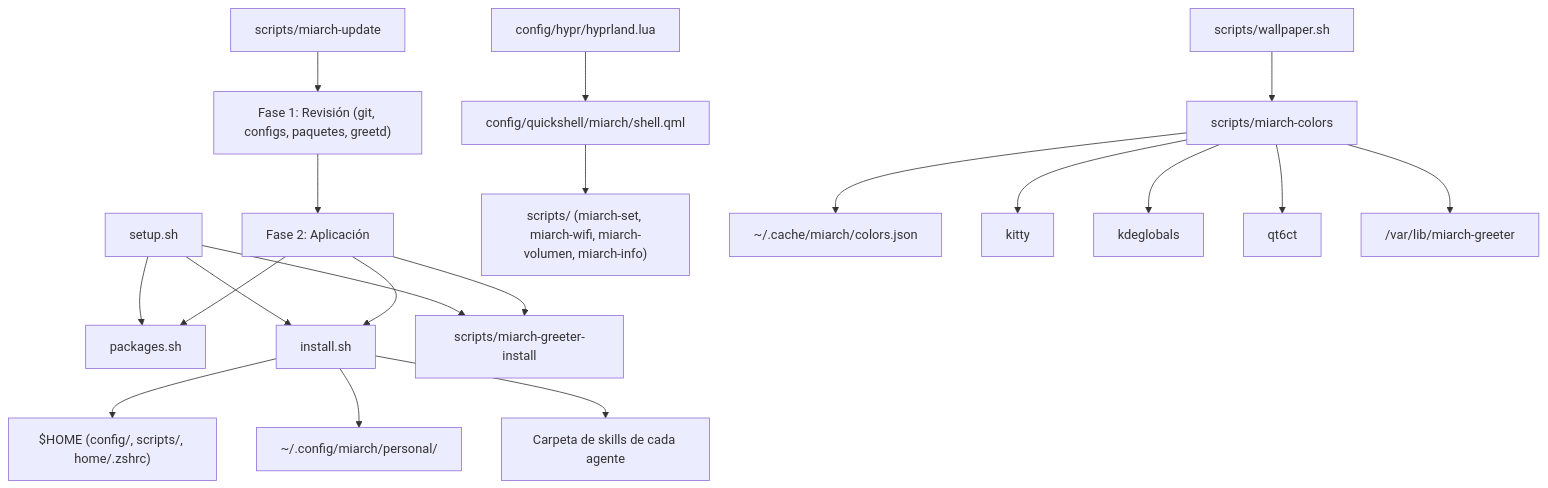
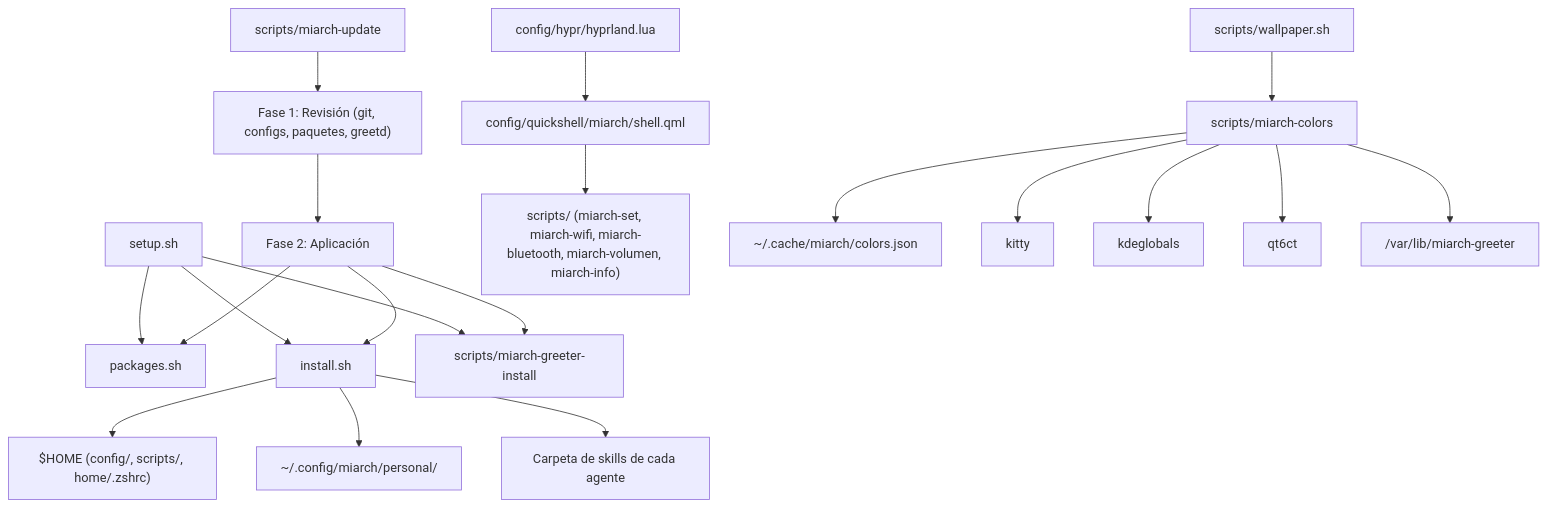
Before and after one commit to alejandro-xoxo/Miarch: the diagram in docs/estructura.md, drawn with Mermaid. The commit also changed other lines of this file and 3 other files, not shown here.

Commit message:
docs(bluetooth): document miarch-bluetooth script and update changelog

````diff
--- a/docs/estructura.md
+++ b/docs/estructura.md
@@ -62,26 +63,26 @@
 ```mermaid
 flowchart TD
     Setup["setup.sh"] --> Packages["packages.sh"]
     Setup --> Install["install.sh"]
     Setup --> GreeterInstall["scripts/miarch-greeter-install"]
 
     Install --> ConfigDest["$HOME (config/, scripts/, home/.zshrc)"]
     Install --> Personal["~/.config/miarch/personal/"]
     Install --> AgentSkills["Carpeta de skills de cada agente"]
 
     Updater["scripts/miarch-update"] --> CheckPhase["Fase 1: Revisión (git, configs, paquetes, greetd)"]
     CheckPhase --> ApplyPhase["Fase 2: Aplicación"]
     ApplyPhase --> Install
     ApplyPhase --> Packages
     ApplyPhase --> GreeterInstall
 
     Hyprland["config/hypr/hyprland.lua"] --> Quickshell["config/quickshell/miarch/shell.qml"]
-    Quickshell --> HelperScripts["scripts/ (miarch-set, miarch-wifi, miarch-volumen, miarch-info)"]
+    Quickshell --> HelperScripts["scripts/ (miarch-set, miarch-wifi, miarch-bluetooth, miarch-volumen, miarch-info)"]
     
     Wallpaper["scripts/wallpaper.sh"] --> Colors["scripts/miarch-colors"]
     Colors --> CacheColors["~/.cache/miarch/colors.json"]
     Colors --> KittyTheme["kitty"]
     Colors --> KDETheme["kdeglobals"]
     Colors --> QTTheme["qt6ct"]
     Colors --> GreeterTheme["/var/lib/miarch-greeter"]
 ```
````
